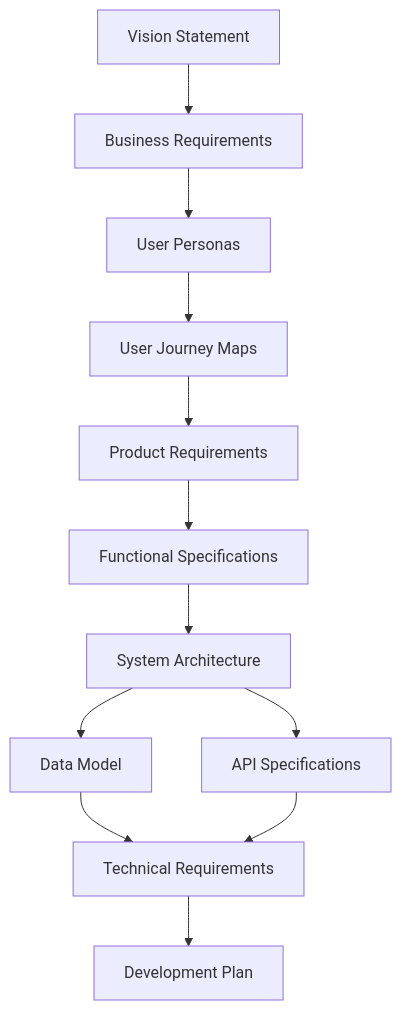
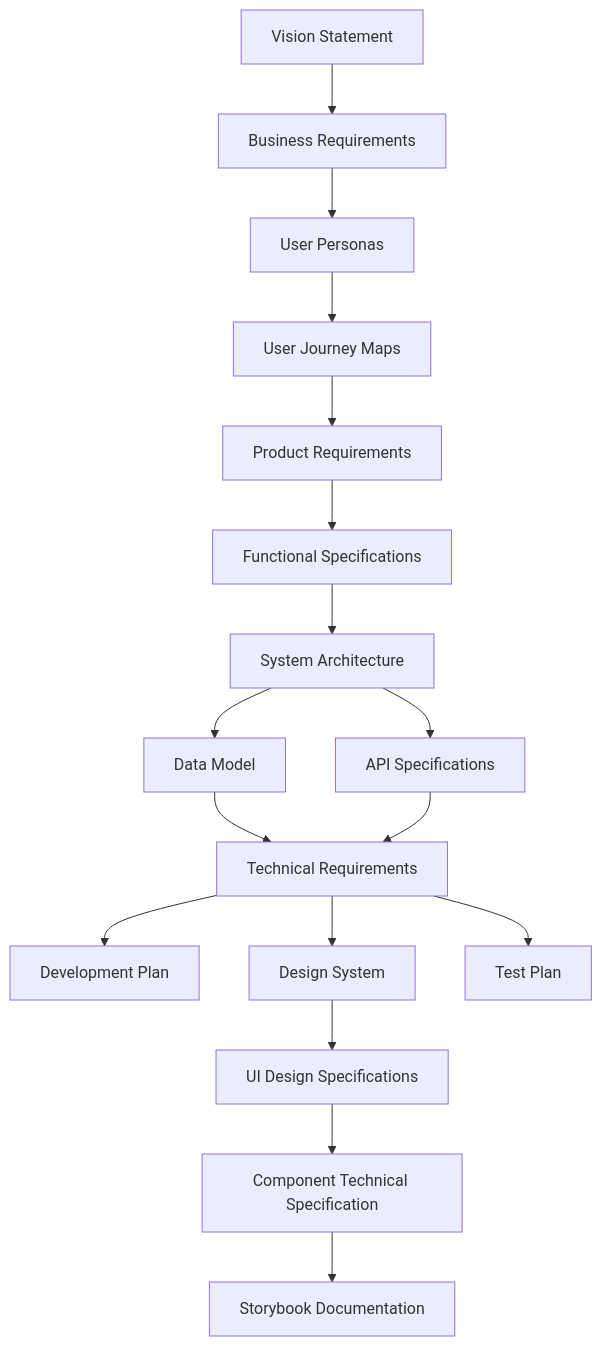
The diagram in README.md (mattdlong/spec-prompts), drawn with Mermaid before and after one commit. The commit also changed other lines of this file and 6 other files, not shown here.

Commit message:
Add design and testing document prompts to the specification system

````diff
--- a/README.md
+++ b/README.md
@@ -18,14 +18,19 @@
 ```mermaid
 graph TD
     A["Vision Statement"] --> B["Business Requirements"]
     B --> C["User Personas"]
     C --> D["User Journey Maps"]
     D --> E["Product Requirements"]
     E --> F["Functional Specifications"]
     F --> G["System Architecture"]
     G --> H["Data Model"]
     G --> I["API Specifications"]
     H --> J["Technical Requirements"]
     I --> J
     J --> K["Development Plan"]
+    J --> L["Design System"]
+    L --> M["UI Design Specifications"]
+    M --> N["Component Technical Specification"]
+    N --> O["Storybook Documentation"]
+    J --> P["Test Plan"]
 ```
````
